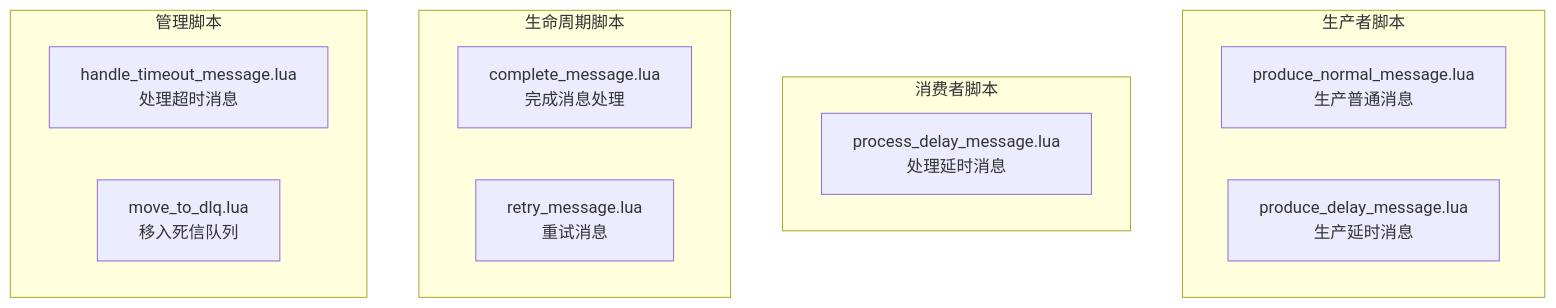
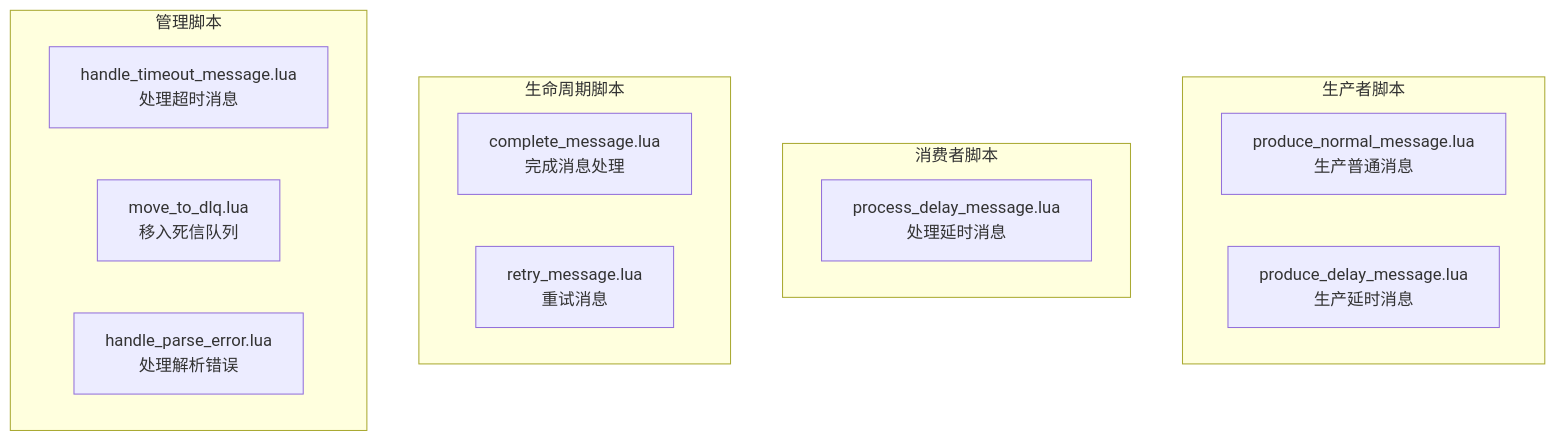
Diagram 12 of 21 in docs/设计文档.md (CodingOX/mx-rmq), drawn with Mermaid before and after one commit. The commit also changed other lines of this file and 25 other files, not shown here.

````diff
--- a/docs/设计文档.md
+++ b/docs/设计文档.md
@@ -575,21 +588,22 @@
 ```mermaid
 graph TB
     subgraph "生产者脚本"
         PN[produce_normal_message.lua<br/>生产普通消息]
         PD[produce_delay_message.lua<br/>生产延时消息]
     end
     
     subgraph "消费者脚本"
         PRM[process_delay_message.lua<br/>处理延时消息]
     end
     
     subgraph "生命周期脚本"
         CM[complete_message.lua<br/>完成消息处理]
         RM[retry_message.lua<br/>重试消息]
     end
     
     subgraph "管理脚本"
         HTM[handle_timeout_message.lua<br/>处理超时消息]
         MDQ[move_to_dlq.lua<br/>移入死信队列]
+        HPE[handle_parse_error.lua<br/>处理解析错误]
     end
 ```
````
